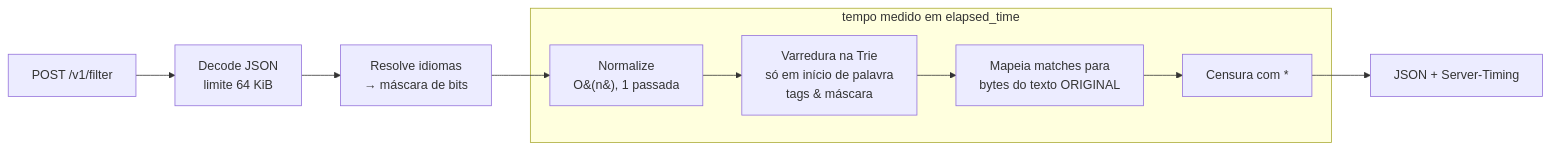
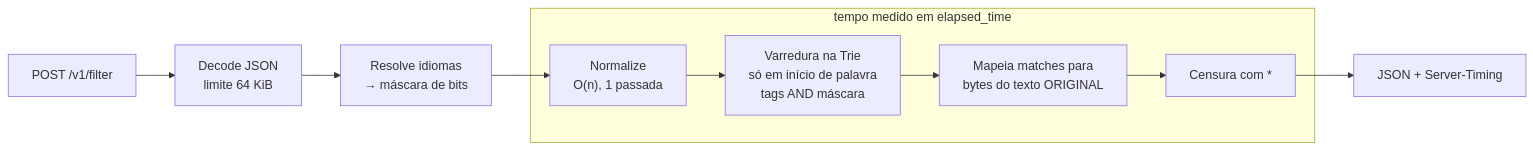
The third of 3 diagrams in README.md (jp-epaminondas/profanity-filter), drawn with Mermaid before and after one commit.

Commit message:
docs: fix Mermaid parse error in README architecture diagram
Quote node labels so "O(n)" is not parsed as a node shape delimiter.

````diff
--- a/README.md
+++ b/README.md
@@ -465,17 +465,17 @@
 ```mermaid
 flowchart LR
-    A[POST /v1/filter] --> B[Decode JSON<br/>limite 64 KiB]
-    B --> L[Resolve idiomas<br/>→ máscara de bits]
-    L --> C[Normalize<br/>O&#40;n&#41;, 1 passada]
-    C --> D[Varredura na Trie<br/>só em início de palavra<br/>tags & máscara]
-    D --> E[Mapeia matches para<br/>bytes do texto ORIGINAL]
-    E --> F[Censura com *]
-    F --> G[JSON + Server-Timing]
+    A["POST /v1/filter"] --> B["Decode JSON<br/>limite 64 KiB"]
+    B --> L["Resolve idiomas<br/>→ máscara de bits"]
+    L --> C["Normalize<br/>O(n), 1 passada"]
+    C --> D["Varredura na Trie<br/>só em início de palavra<br/>tags AND máscara"]
+    D --> E["Mapeia matches para<br/>bytes do texto ORIGINAL"]
+    E --> F["Censura com *"]
+    F --> G["JSON + Server-Timing"]
 
     subgraph "tempo medido em elapsed_time"
       C
       D
       E
       F
     end
 ```
````
